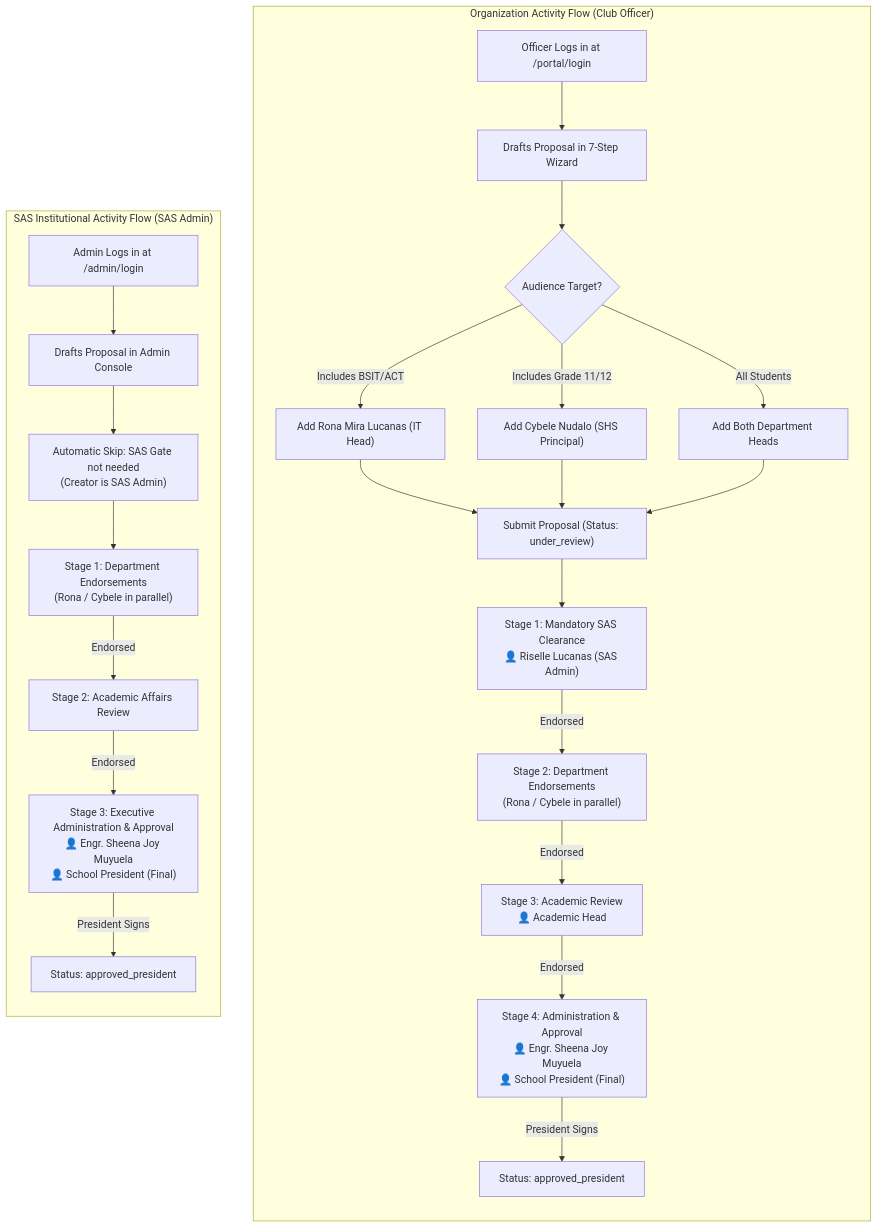
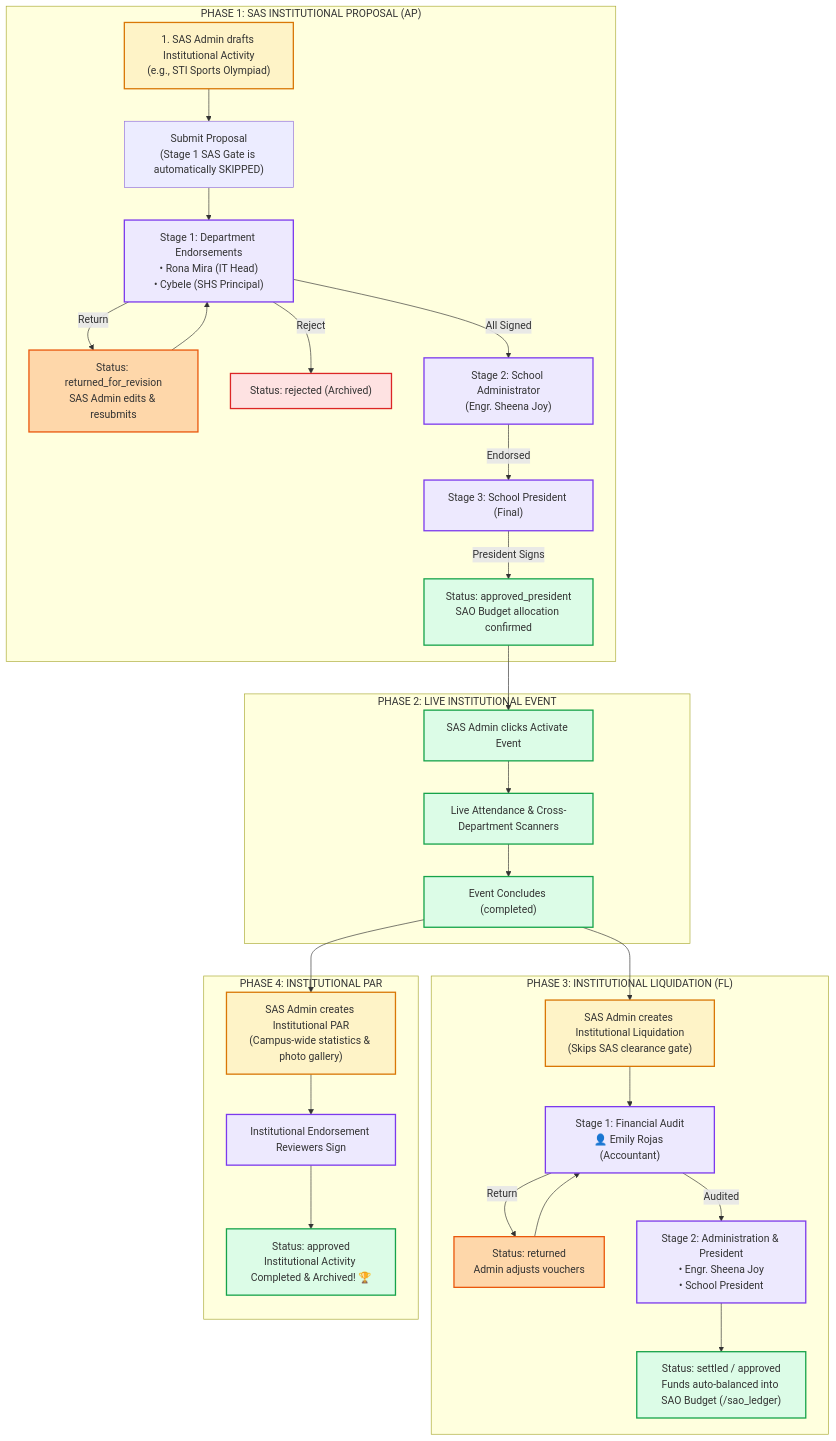
One commit to leiconcordia/STI-Sync-Web changed the second of 2 diagrams in docs/activity-and-signatory-testing-guide.md. Above: the diagram before and after it, drawn with Mermaid. The commit also changed other lines of this file and 19 other files, not shown here.

````diff
--- a/docs/activity-and-signatory-testing-guide.md
+++ b/docs/activity-and-signatory-testing-guide.md
@@ -86,29 +150,46 @@
 ```mermaid
-flowchart TD
-    subgraph ORG_FLOW["Organization Activity Flow (Club Officer)"]
-        direction TB
-        O_Start["Officer Logs in at /portal/login"] --> O_Wiz["Drafts Proposal in 7-Step Wizard"]
-        O_Wiz --> O_Target{"Audience Target?"}
-        O_Target -->|Includes BSIT/ACT| O_Rona["Add Rona Mira Lucanas (IT Head)"]
-        O_Target -->|Includes Grade 11/12| O_Cybele["Add Cybele Nudalo (SHS Principal)"]
-        O_Target -->|All Students| O_All["Add Both Department Heads"]
+graph TD
+    classDef startNode fill:#fef3c7,stroke:#d97706,stroke-width:2px;
+    classDef reviewNode fill:#ede9fe,stroke:#7c3aed,stroke-width:2px;
+    classDef successNode fill:#dcfce7,stroke:#16a34a,stroke-width:2px;
+    classDef returnNode fill:#fed7aa,stroke:#ea580c,stroke-width:2px;
+    classDef rejectNode fill:#fee2e2,stroke:#dc2626,stroke-width:2px;
+
+    subgraph AP_ADMIN["PHASE 1: SAS INSTITUTIONAL PROPOSAL (AP)"]
+        A1["1. SAS Admin drafts Institutional Activity<br/>(e.g., STI Sports Olympiad)"]:::startNode
+        A1 --> A_Sub["Submit Proposal<br/>(Stage 1 SAS Gate is automatically SKIPPED)"]
         
-        O_Rona & O_Cybele & O_All --> O_Sub["Submit Proposal (Status: under_review)"]
+        A_Sub --> A_S1["Stage 1: Department Endorsements<br/>• Rona Mira (IT Head)<br/>• Cybele (SHS Principal)"]:::reviewNode
         
-        O_Sub --> O_S1["Stage 1: Mandatory SAS Clearance<br/>👤 Riselle Lucanas (SAS Admin)"]
-        O_S1 -->|Endorsed| O_S2["Stage 2: Department Endorsements<br/>(Rona / Cybele in parallel)"]
-        O_S2 -->|Endorsed| O_S3["Stage 3: Academic Review<br/>👤 Academic Head"]
-        O_S3 -->|Endorsed| O_S4["Stage 4: Administration & Approval<br/>👤 Engr. Sheena Joy Muyuela<br/>👤 School President (Final)"]
-        O_S4 -->|President Signs| O_App["Status: approved_president"]
+        A_S1 -->|Return| A_Ret["Status: returned_for_revision<br/>SAS Admin edits & resubmits"]:::returnNode
+        A_Ret --> A_S1
+        A_S1 -->|Reject| A_Rej["Status: rejected (Archived)"]:::rejectNode
+        
+        A_S1 -->|All Signed| A_S2["Stage 2: School Administrator<br/>(Engr. Sheena Joy)"]:::reviewNode
+        A_S2 -->|Endorsed| A_S3["Stage 3: School President (Final)"]:::reviewNode
+        A_S3 -->|President Signs| A_Approved["Status: approved_president<br/>SAO Budget allocation confirmed"]:::successNode
     end
 
-    subgraph SAS_FLOW["SAS Institutional Activity Flow (SAS Admin)"]
-        direction TB
-        S_Start["Admin Logs in at /admin/login"] --> S_Wiz["Drafts Proposal in Admin Console"]
-        S_Wiz --> S_Skip["Automatic Skip: SAS Gate not needed<br/>(Creator is SAS Admin)"]
-        S_Skip --> S_S1["Stage 1: Department Endorsements<br/>(Rona / Cybele in parallel)"]
-        S_S1 -->|Endorsed| S_S2["Stage 2: Academic Affairs Review"]
-        S_S2 -->|Endorsed| S_S3["Stage 3: Executive Administration & Approval<br/>👤 Engr. Sheena Joy Muyuela<br/>👤 School President (Final)"]
-        S_S3 -->|President Signs| S_App["Status: approved_president"]
+    subgraph LIVE_ADMIN["PHASE 2: LIVE INSTITUTIONAL EVENT"]
+        A_Approved --> A_Act["SAS Admin clicks Activate Event"]:::successNode
+        A_Act --> A_Run["Live Attendance & Cross-Department Scanners"]:::successNode
+        A_Run --> A_Done["Event Concludes (completed)"]:::successNode
+    end
+
+    subgraph FL_ADMIN["PHASE 3: INSTITUTIONAL LIQUIDATION (FL)"]
+        A_Done --> FL_A1["SAS Admin creates Institutional Liquidation<br/>(Skips SAS clearance gate)"]:::startNode
+        FL_A1 --> FL_A_S1["Stage 1: Financial Audit<br/>👤 Emily Rojas (Accountant)"]:::reviewNode
+        
+        FL_A_S1 -->|Return| FL_A_Ret["Status: returned<br/>Admin adjusts vouchers"]:::returnNode
+        FL_A_Ret --> FL_A_S1
+        
+        FL_A_S1 -->|Audited| FL_A_S2["Stage 2: Administration & President<br/>• Engr. Sheena Joy<br/>• School President"]:::reviewNode
+        FL_A_S2 --> FL_A_Fin["Status: settled / approved<br/>Funds auto-balanced into SAO Budget (/sao_ledger)"]:::successNode
+    end
+
+    subgraph PAR_ADMIN["PHASE 4: INSTITUTIONAL PAR"]
+        A_Done --> PAR_A1["SAS Admin creates Institutional PAR<br/>(Campus-wide statistics & photo gallery)"]:::startNode
+        PAR_A1 --> PAR_A_Sign["Institutional Endorsement Reviewers Sign"]:::reviewNode
+        PAR_A_Sign --> PAR_A_Fin["Status: approved<br/>Institutional Activity Completed & Archived! 🏆"]:::successNode
     end
 ```
````
